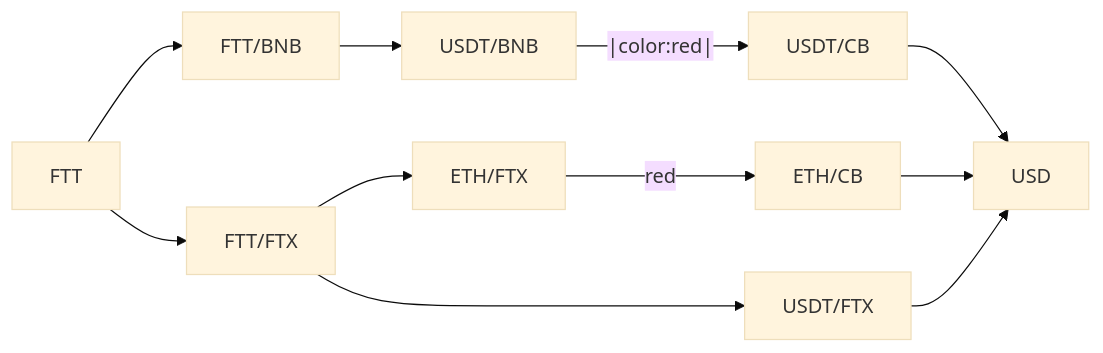
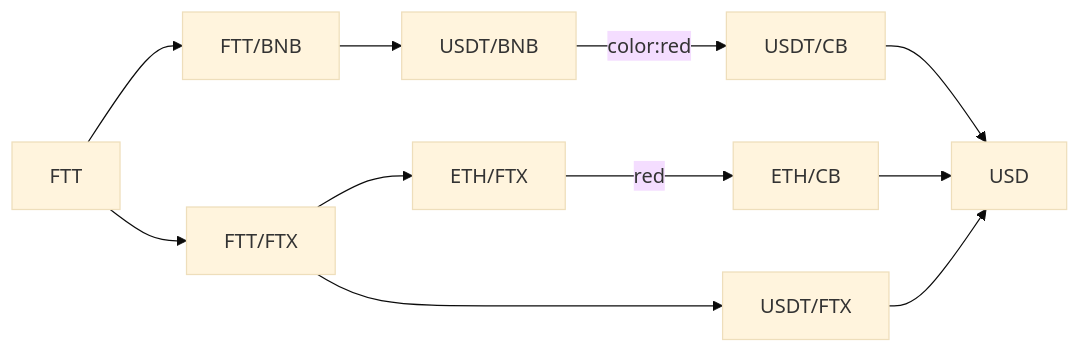
Before and after one commit to Ramzgate/node_setup: the second of 2 diagrams in ubuntu_os.md, drawn with Mermaid (base theme).

Commit message:
ubuntu install instructions

````diff
--- a/ubuntu_os.md
+++ b/ubuntu_os.md
@@ -78,13 +78,13 @@
 ```mermaid
 graph LR
   A[FTT] --> B[FTT/BNB]
   B --> C[USDT/BNB]
-  C -- |color:red| --> D[USDT/CB]
+  C -->|color:red| D[USDT/CB]
   D --> E[USD]
   A --> F[FTT/FTX]
   F --> G[ETH/FTX]
-  G -->|red| H[ETH/CB]
+  G --> |red| H[ETH/CB]
   H --> E
   F --> I[USDT/FTX]
   I --> E
 ```
````
